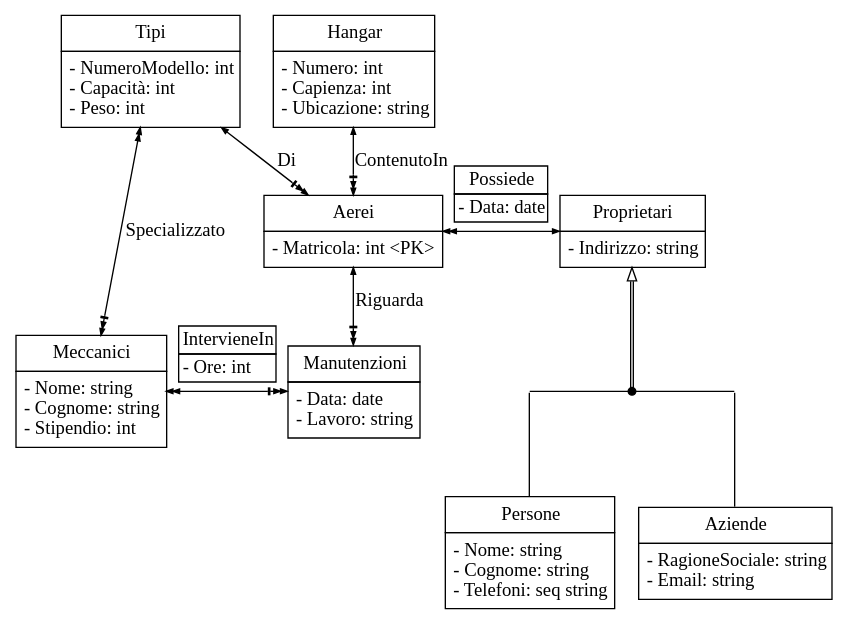
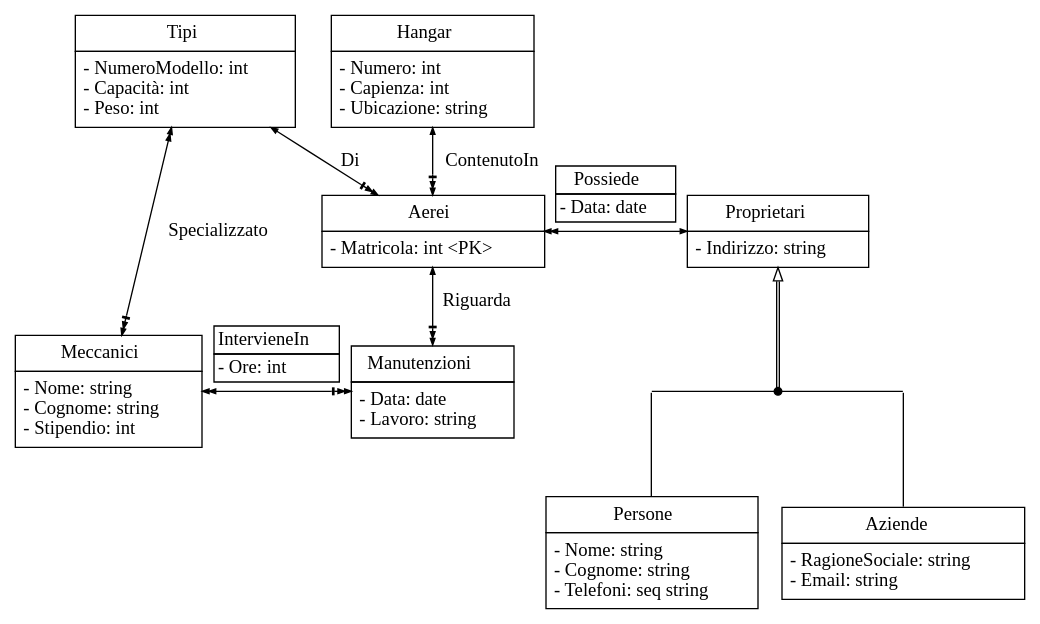
Before and after one commit to alek3y/cs: diagram 16 of 17 in src/ct0006-1/README.md, drawn with Graphviz. The commit also changed other lines of this file and 2 other files, not shown here.

````diff
--- a/src/ct0006-1/README.md
+++ b/src/ct0006-1/README.md
@@ -490,8 +490,8 @@
 ```dot process
 digraph {
 	rankdir=TB
-	edge [arrowsize=0.5 dir=both fontname="Times"]
-	node [shape=box fontname="Times"]
+	edge [arrowsize=0.5 dir=both]
+	node [shape=box]
 
 	{
 		rank=same
@@ -552,10 +552,10 @@
 		]
 	}
 
-	Hangar -> Aerei [label=" ContenutoIn", arrowhead=normalnormalnonetee]
+	Hangar -> Aerei [label="ContenutoIn", arrowhead=normalnormalnonetee]
 	Tipi -> Aerei [label="Di" arrowhead=normalnormalnonetee]
 
-	Aerei -> Manutenzioni [label=" Riguarda" arrowhead=normalnormalnonetee weight=100]
+	Aerei -> Manutenzioni [label="Riguarda" arrowhead=normalnormalnonetee weight=100]
 	Meccanici -> Manutenzioni [
 		label=<<table border="0" cellborder="1" cellspacing="0">
 			<tr><td>IntervieneIn</td></tr>
````
